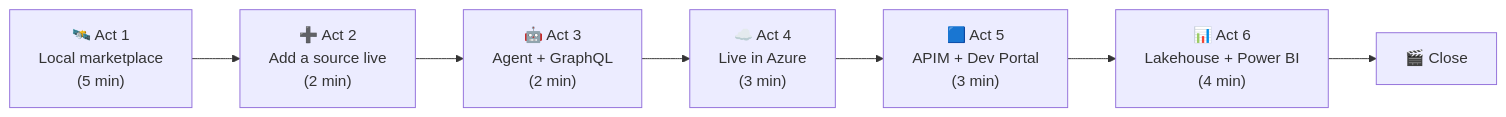
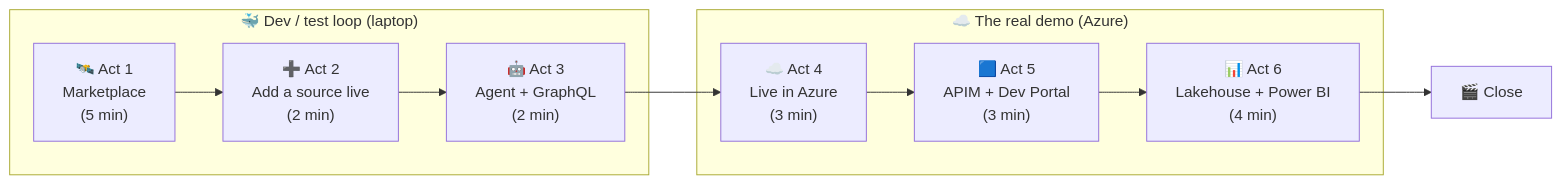
Before and after one commit to fgarofalo56/nasa-api-first-poc: the first of 3 diagrams in docs/DEMO-DAY.md, drawn with Mermaid. The commit also changed other lines of this file and 40 other files, not shown here.

First line of the commit message:
docs: Azure-first, teaching-grade documentation manual (multi-agent overhaul) (#12)

````diff
--- a/docs/DEMO-DAY.md
+++ b/docs/DEMO-DAY.md
@@ -34,9 +116,13 @@
 ```mermaid
 flowchart LR
-    A1["🛰️ Act 1<br/>Local marketplace<br/>(5 min)"] --> A2["➕ Act 2<br/>Add a source live<br/>(2 min)"]
-    A2 --> A3["🤖 Act 3<br/>Agent + GraphQL<br/>(2 min)"]
-    A3 --> A4["☁️ Act 4<br/>Live in Azure<br/>(3 min)"]
-    A4 --> A5["🟦 Act 5<br/>APIM + Dev Portal<br/>(3 min)"]
-    A5 --> A6["📊 Act 6<br/>Lakehouse + Power BI<br/>(4 min)"]
+    subgraph DEV["🐳 Dev / test loop (laptop)"]
+      A1["🛰️ Act 1<br/>Marketplace<br/>(5 min)"] --> A2["➕ Act 2<br/>Add a source live<br/>(2 min)"]
+      A2 --> A3["🤖 Act 3<br/>Agent + GraphQL<br/>(2 min)"]
+    end
+    subgraph CLOUD["☁️ The real demo (Azure)"]
+      A4["☁️ Act 4<br/>Live in Azure<br/>(3 min)"] --> A5["🟦 Act 5<br/>APIM + Dev Portal<br/>(3 min)"]
+      A5 --> A6["📊 Act 6<br/>Lakehouse + Power BI<br/>(4 min)"]
+    end
+    A3 --> A4
     A6 --> C["🎬 Close"]
 ```
````
